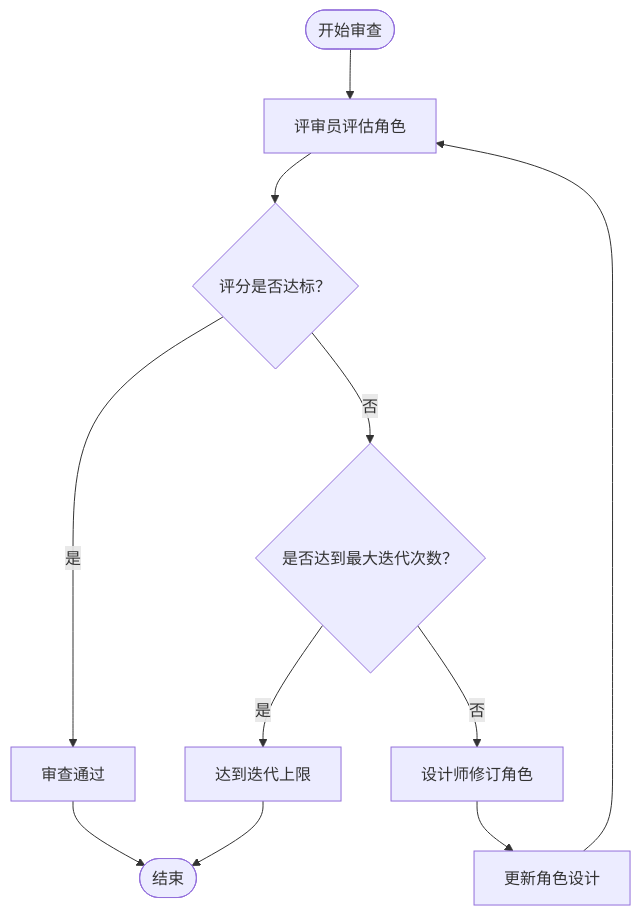
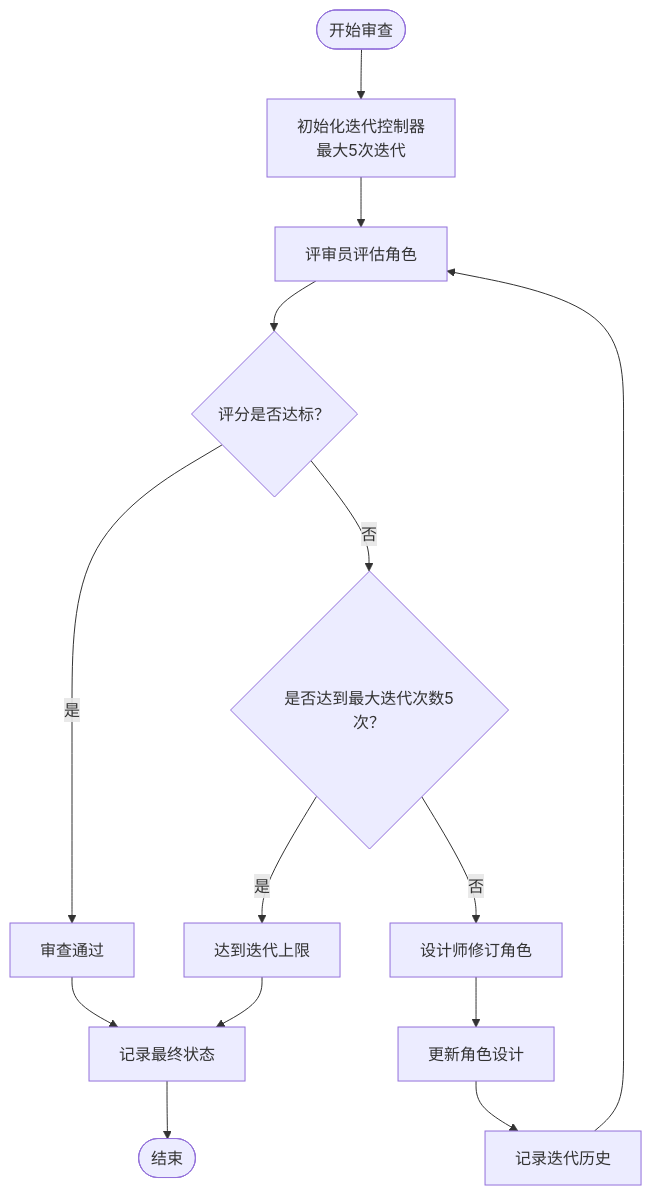
The fourth of 9 diagrams in .qoder/repowiki/zh/content/AI智能体系统/角色审查处理器.md (xfbyxq/ai-novel-system), drawn with Mermaid before and after one commit. The commit also changed other lines of this file and 10 other files, not shown here.

````diff
--- a/.qoder/repowiki/zh/content/AI智能体系统/角色审查处理器.md
+++ b/.qoder/repowiki/zh/content/AI智能体系统/角色审查处理器.md
@@ -188,13 +245,16 @@
 ```mermaid
 flowchart TD
-Start([开始审查]) --> Evaluate["评审员评估角色"]
+Start([开始审查]) --> InitController["初始化迭代控制器<br/>最大5次迭代"]
+InitController --> Evaluate["评审员评估角色"]
 Evaluate --> CheckScore{"评分是否达标？"}
 CheckScore --> |是| Success["审查通过"]
-CheckScore --> |否| CheckLimit{"是否达到最大迭代次数？"}
+CheckScore --> |否| CheckLimit{"是否达到最大迭代次数5次？"}
 CheckLimit --> |是| Fail["达到迭代上限"]
 CheckLimit --> |否| Revise["设计师修订角色"]
 Revise --> UpdateCharacters["更新角色设计"]
-UpdateCharacters --> Evaluate
-Success --> End([结束])
-Fail --> End
+UpdateCharacters --> LogIteration["记录迭代历史"]
+LogIteration --> Evaluate
+Success --> RecordFinal["记录最终状态"]
+RecordFinal --> End([结束])
+Fail --> RecordFinal
 ```
````
